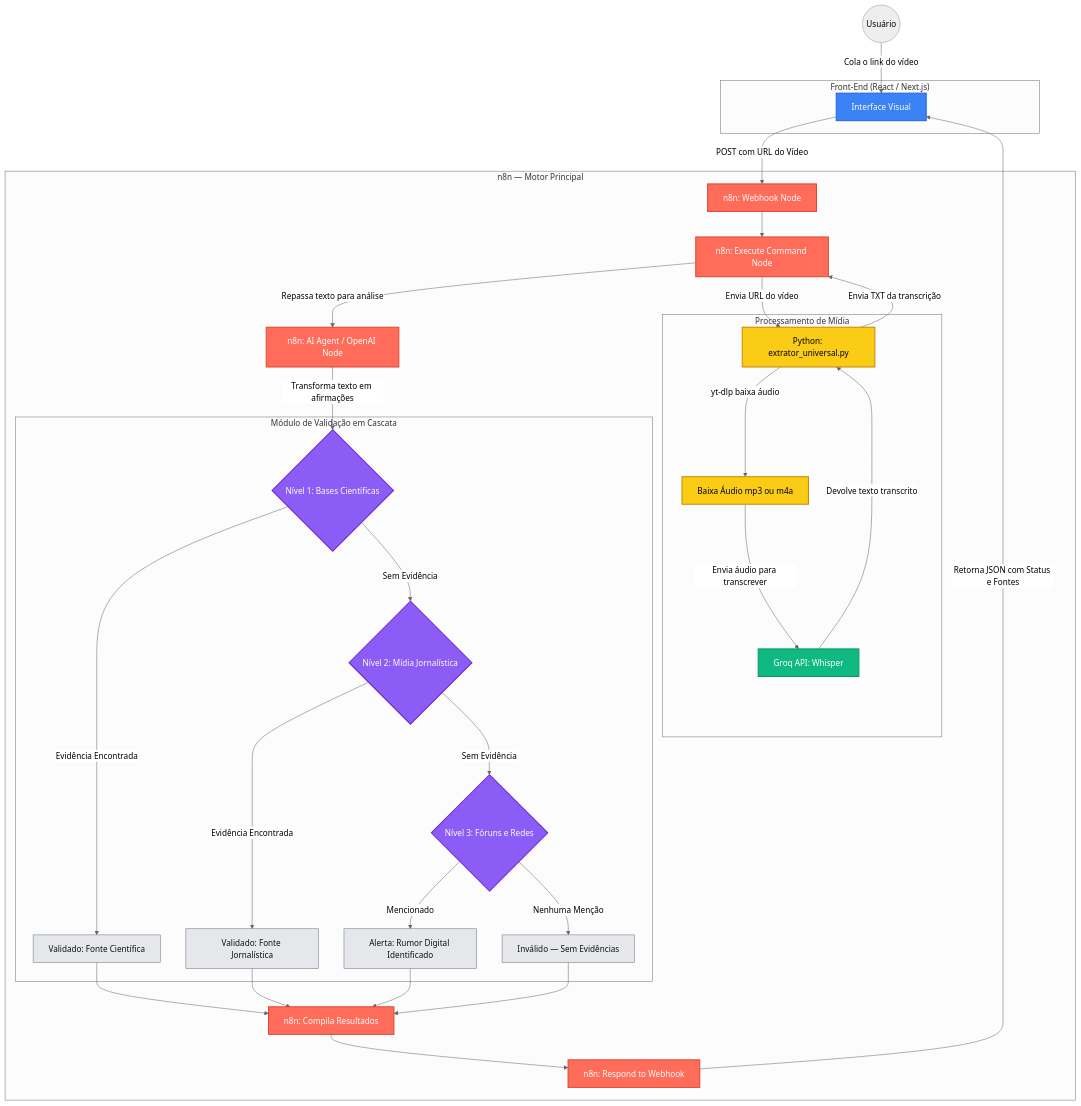
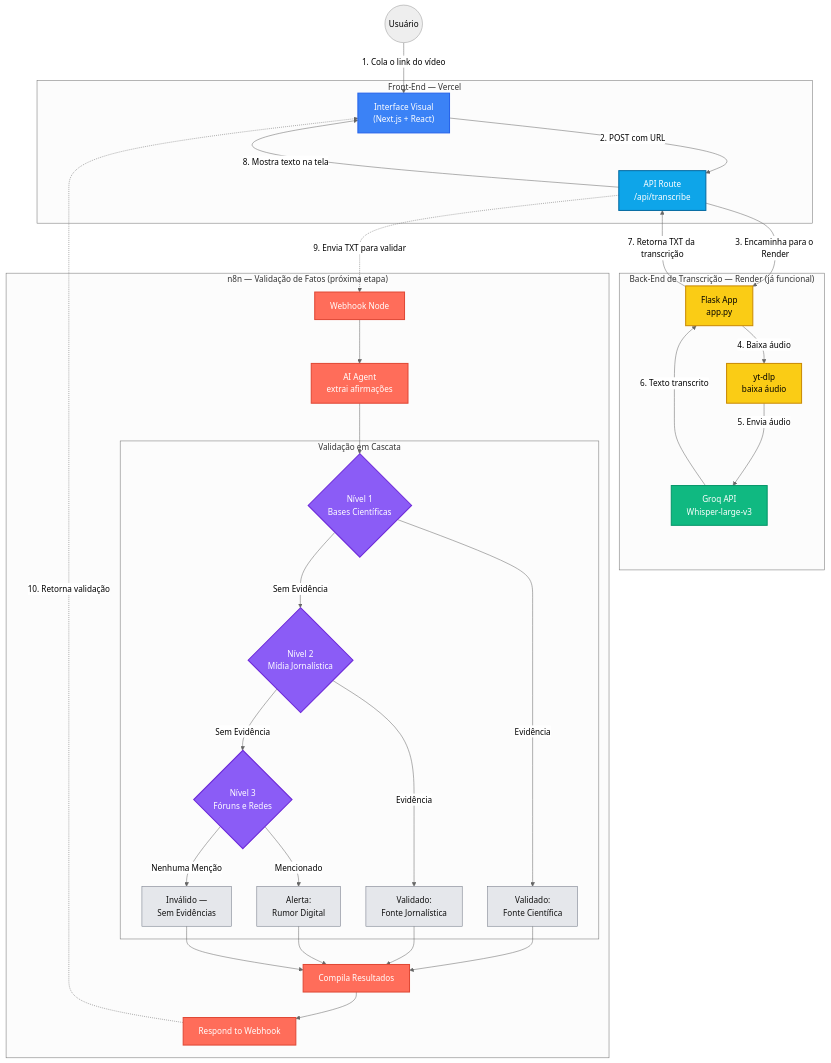
The diagram in DIAGRAMA.md (matheussvml/TCC), drawn with Mermaid (neutral theme) before and after one commit. The commit also changed other lines of this file, not shown here.

````diff
--- a/DIAGRAMA.md
+++ b/DIAGRAMA.md
@@ -6,64 +6,65 @@
 graph TD
     %% Cores e Estilos
     classDef frontend fill:#3b82f6,stroke:#2563eb,stroke-width:2px,color:#fff;
-    classDef n8n fill:#ff6d5a,stroke:#e04835,stroke-width:2px,color:#fff;
+    classDef vercel fill:#0ea5e9,stroke:#0369a1,stroke-width:2px,color:#fff;
     classDef python fill:#facc15,stroke:#ca8a04,stroke-width:2px,color:#000;
     classDef api fill:#10b981,stroke:#059669,stroke-width:2px,color:#fff;
+    classDef n8n fill:#ff6d5a,stroke:#e04835,stroke-width:2px,color:#fff;
     classDef search fill:#8b5cf6,stroke:#6d28d9,stroke-width:2px,color:#fff;
     classDef result fill:#e5e7eb,stroke:#6b7280,stroke-width:1px,color:#111;
 
-    %% Ator Principal
+    %% Ator
     User((Usuário))
 
-    %% Bloco 1: Interface
-    subgraph FrontEnd["Front-End (React / Next.js)"]
-        UI["Interface Visual"]
+    %% Bloco 1: Front-end
+    subgraph FrontEnd["Front-End — Vercel"]
+        UI["Interface Visual<br/>(Next.js + React)"]
+        APIRoute["API Route<br/>/api/transcribe"]
     end
 
-    %% Bloco 2: Orquestração com n8n
-    subgraph N8N["n8n — Motor Principal"]
-        Webhook["n8n: Webhook Node"]
-        ExecCmd["n8n: Execute Command Node"]
+    %% Bloco 2: Back-end (já implementado)
+    subgraph BackEnd["Back-End de Transcrição — Render (já funcional)"]
+        Flask["Flask App<br/>app.py"]
+        PyScript["yt-dlp<br/>baixa áudio"]
+        Groq["Groq API<br/>Whisper-large-v3"]
+    end
 
-        %% Bloco 3: Extração e Transcrição
-        subgraph Midia["Processamento de Mídia"]
-            PyScript["Python: extrator_universal.py"]
-            Audio["Baixa Áudio mp3 ou m4a"]
-            Groq["Groq API: Whisper"]
+    %% Bloco 3: n8n (próxima etapa)
+    subgraph N8N["n8n — Validação de Fatos (próxima etapa)"]
+        Webhook["Webhook Node"]
+        Extractor["AI Agent<br/>extrai afirmações"]
+
+        subgraph Validacao["Validação em Cascata"]
+            Cascata{"Nível 1<br/>Bases Científicas"}
+            ValCientifica["Validado:<br/>Fonte Científica"]
+            Nivel2{"Nível 2<br/>Mídia Jornalística"}
+            ValJornal["Validado:<br/>Fonte Jornalística"]
+            Nivel3{"Nível 3<br/>Fóruns e Redes"}
+            ValRumor["Alerta:<br/>Rumor Digital"]
+            ValInvalido["Inválido —<br/>Sem Evidências"]
         end
 
-        Extractor["n8n: AI Agent / OpenAI Node"]
-
-        %% Bloco 4: Validação em Cascata
-        subgraph Validacao["Módulo de Validação em Cascata"]
-            Cascata{"Nível 1: Bases Científicas"}
-            ValCientifica["Validado: Fonte Científica"]
-            Nivel2{"Nível 2: Mídia Jornalística"}
-            ValJornal["Validado: Fonte Jornalística"]
-            Nivel3{"Nível 3: Fóruns e Redes"}
-            ValRumor["Alerta: Rumor Digital Identificado"]
-            ValInvalido["Inválido — Sem Evidências"]
-        end
-
-        Compilador["n8n: Compila Resultados"]
-        Resposta["n8n: Respond to Webhook"]
+        Compilador["Compila Resultados"]
+        Resposta["Respond to Webhook"]
     end
 
-    %% Conexões
-    User -->|Cola o link do vídeo| UI
-    UI -->|POST com URL do Vídeo| Webhook
-    Webhook --> ExecCmd
-    ExecCmd -->|Envia URL do vídeo| PyScript
-    PyScript -->|yt-dlp baixa áudio| Audio
-    Audio -->|Envia áudio para transcrever| Groq
-    Groq -->|Devolve texto transcrito| PyScript
-    PyScript -->|Envia TXT da transcrição| ExecCmd
-    ExecCmd -->|Repassa texto para análise| Extractor
-    Extractor -->|Transforma texto em afirmações| Cascata
+    %% Fluxo atual (transcrição)
+    User -->|1. Cola o link do vídeo| UI
+    UI -->|2. POST com URL| APIRoute
+    APIRoute -->|3. Encaminha para o Render| Flask
+    Flask -->|4. Baixa áudio| PyScript
+    PyScript -->|5. Envia áudio| Groq
+    Groq -->|6. Texto transcrito| Flask
+    Flask -->|7. Retorna TXT da transcrição| APIRoute
+    APIRoute -->|8. Mostra texto na tela| UI
 
-    Cascata -->|Evidência Encontrada| ValCientifica
+    %% Fluxo futuro (validação)
+    APIRoute -.->|9. Envia TXT para validar| Webhook
+    Webhook --> Extractor
+    Extractor --> Cascata
+    Cascata -->|Evidência| ValCientifica
     Cascata -->|Sem Evidência| Nivel2
-    Nivel2 -->|Evidência Encontrada| ValJornal
+    Nivel2 -->|Evidência| ValJornal
     Nivel2 -->|Sem Evidência| Nivel3
     Nivel3 -->|Mencionado| ValRumor
     Nivel3 -->|Nenhuma Menção| ValInvalido
@@ -73,13 +74,14 @@
     ValRumor --> Compilador
     ValInvalido --> Compilador
     Compilador --> Resposta
-    Resposta -->|Retorna JSON com Status e Fontes| UI
+    Resposta -.->|10. Retorna validação| UI
 
     %% Aplicação dos estilos
     class UI frontend
-    class Webhook,ExecCmd,Extractor,Compilador,Resposta n8n
-    class PyScript,Audio python
+    class APIRoute vercel
+    class Flask,PyScript python
     class Groq api
+    class Webhook,Extractor,Compilador,Resposta n8n
     class Cascata,Nivel2,Nivel3 search
     class ValCientifica,ValJornal,ValRumor,ValInvalido result
 ```
````
